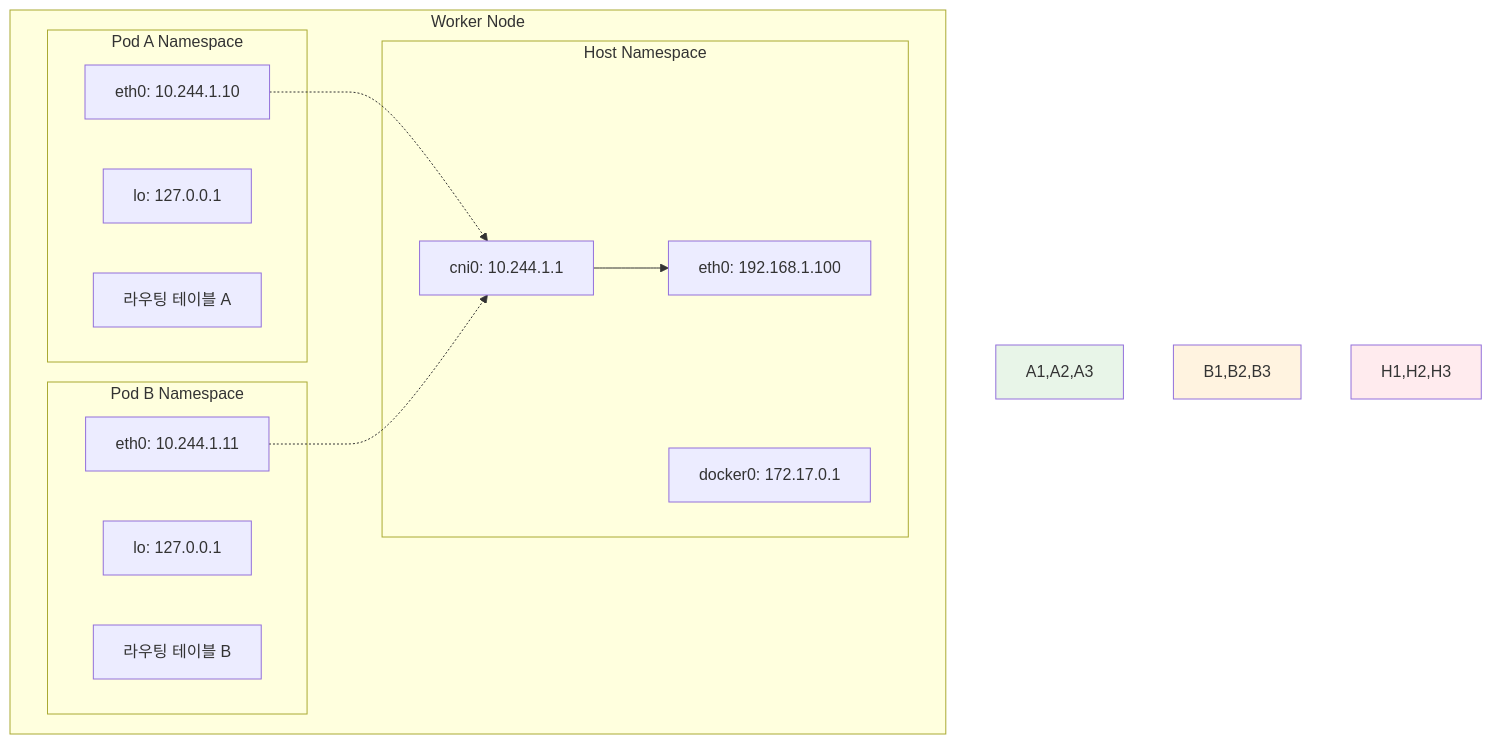
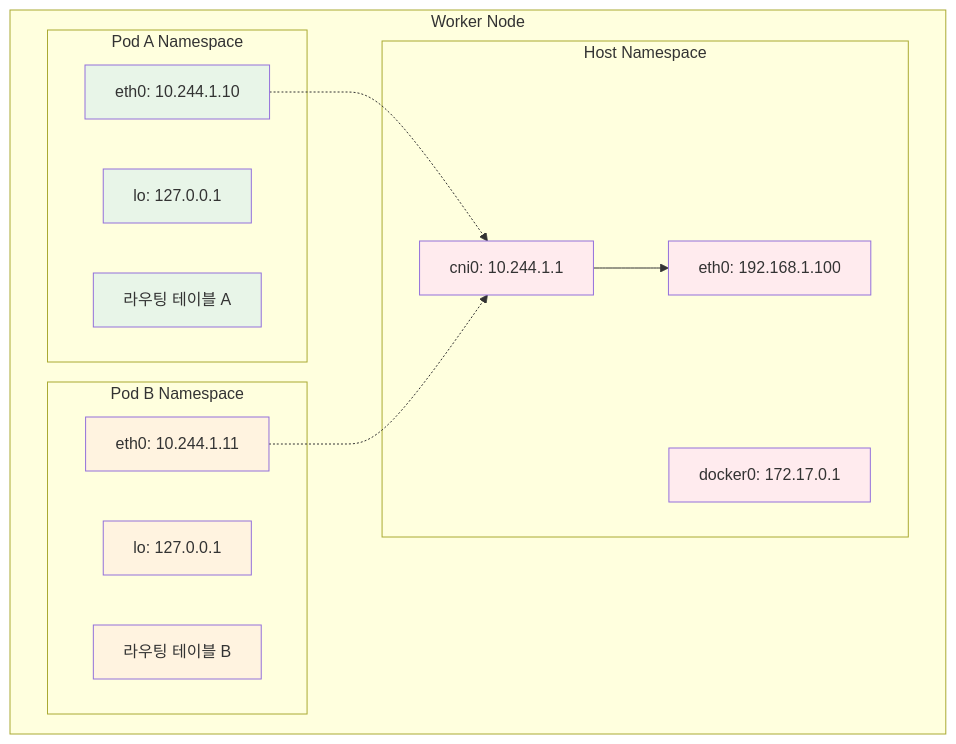
One commit to niceguy61/kdt_devops_lecture_2025 changed the fourth of 4 diagrams in theory/week_03/day3/session_1.md. Above: the diagram before and after it, drawn with Mermaid. The commit also changed 2 other files, not shown here.

Commit message:
mermaid update

````diff
--- a/theory/week_03/day3/session_1.md
+++ b/theory/week_03/day3/session_1.md
@@ -162,30 +162,36 @@
 ```mermaid
 graph TB
     subgraph "Worker Node"
         subgraph "Pod A Namespace"
             A1[eth0: 10.244.1.10]
             A2[lo: 127.0.0.1]
             A3[라우팅 테이블 A]
         end
         
         subgraph "Pod B Namespace"
             B1[eth0: 10.244.1.11]
             B2[lo: 127.0.0.1]
             B3[라우팅 테이블 B]
         end
         
         subgraph "Host Namespace"
             H1[eth0: 192.168.1.100]
             H2[docker0: 172.17.0.1]
             H3[cni0: 10.244.1.1]
         end
     end
     
     A1 -.-> H3
     B1 -.-> H3
     H3 --> H1
     
-    style A1,A2,A3 fill:#e8f5e8
-    style B1,B2,B3 fill:#fff3e0
-    style H1,H2,H3 fill:#ffebee
+    style A1 fill:#e8f5e8
+    style A2 fill:#e8f5e8
+    style A3 fill:#e8f5e8
+    style B1 fill:#fff3e0
+    style B2 fill:#fff3e0
+    style B3 fill:#fff3e0
+    style H1 fill:#ffebee
+    style H2 fill:#ffebee
+    style H3 fill:#ffebee
 ```
````
